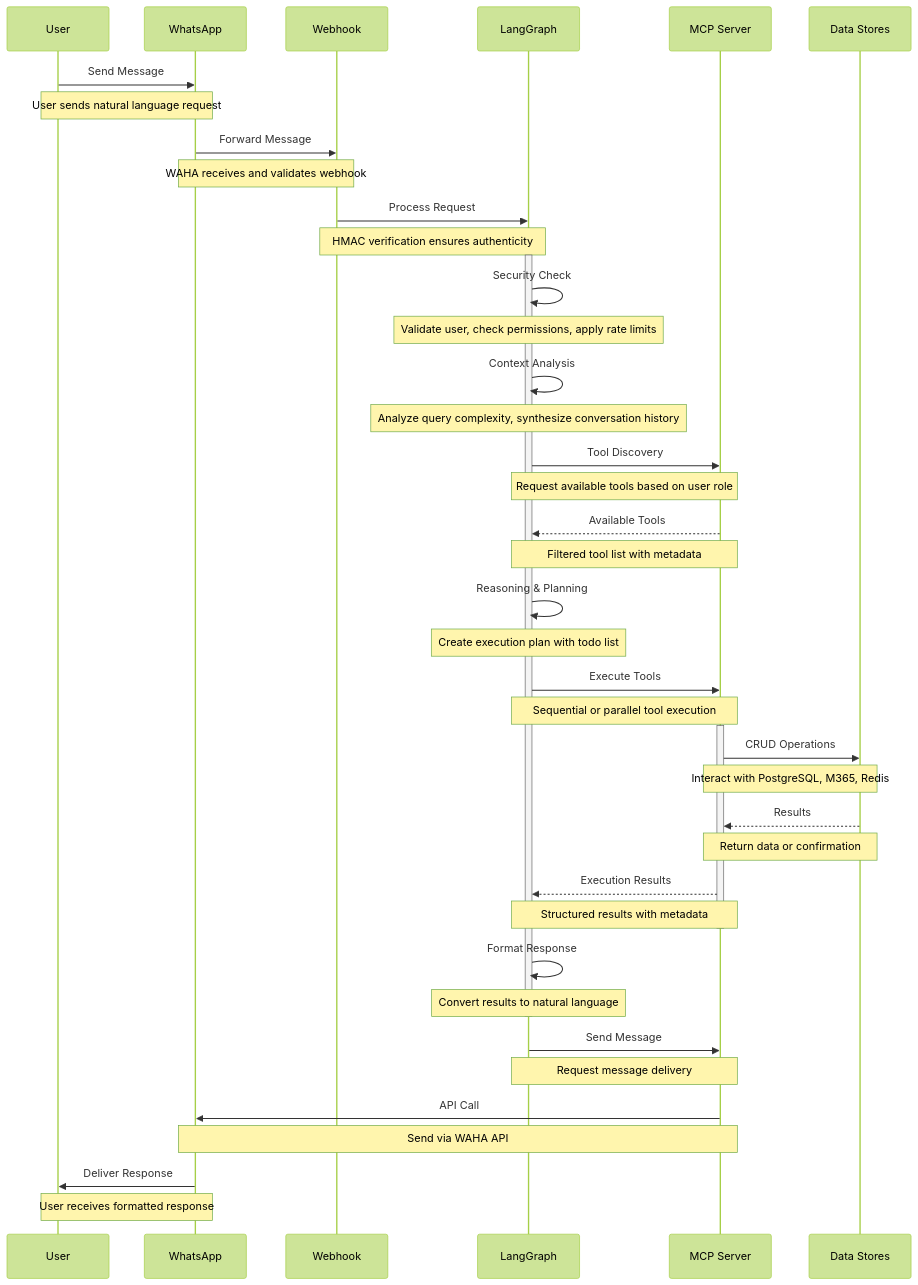
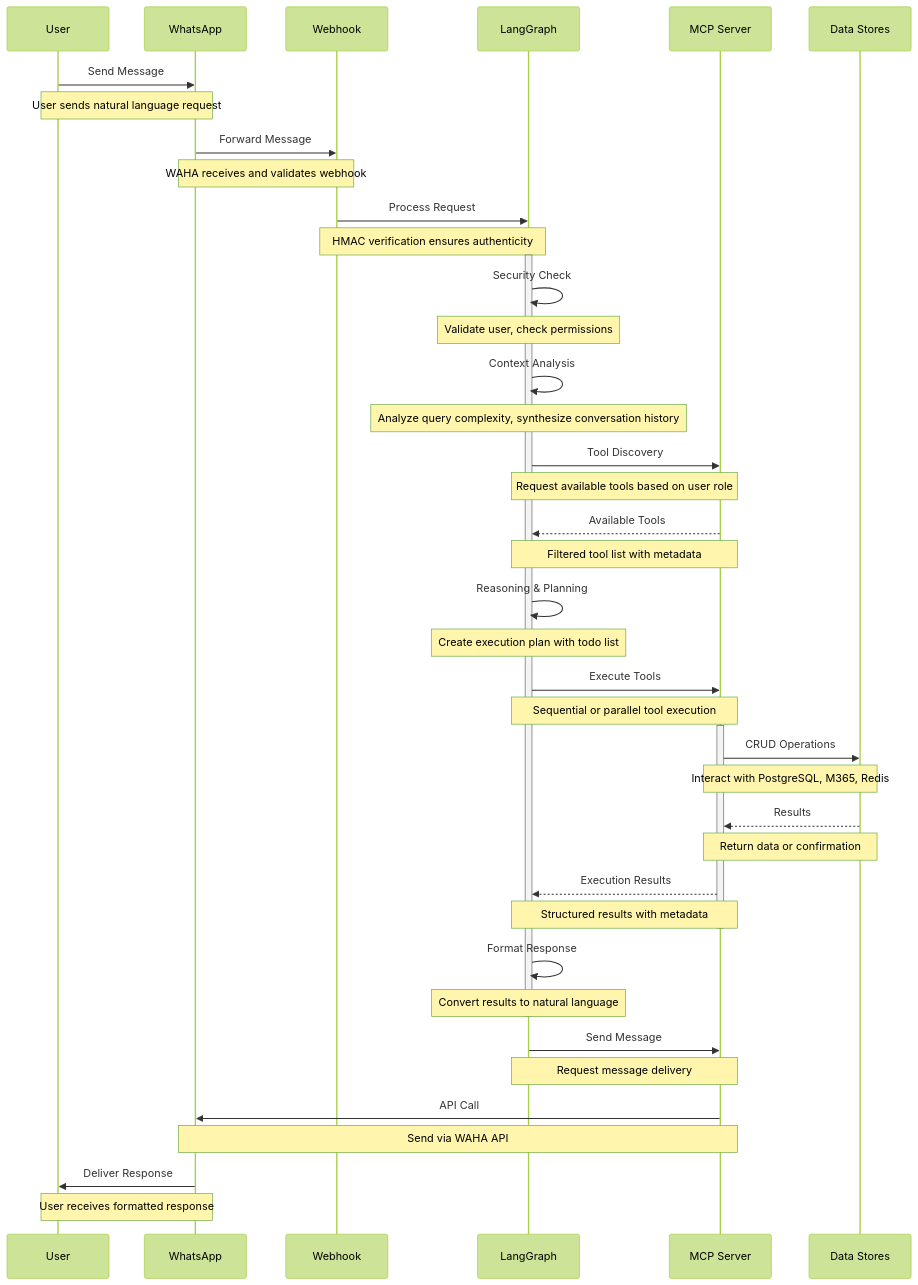
One commit to mcholismalik/aiva-eng-spec changed the second of 8 diagrams in readme.md. Above: the diagram before and after it, drawn with Mermaid (forest theme). The commit also changed other lines of this file, not shown here.

````diff
--- a/readme.md
+++ b/readme.md
@@ -161,61 +197,61 @@
 ```mermaid
 sequenceDiagram
     participant U as User
     participant WA as WhatsApp
     participant WH as Webhook
     participant LG as LangGraph
     participant MCP as MCP Server
     participant DB as Data Stores
     
     U->>WA: Send Message
     Note over U,WA: User sends natural language request
     
     WA->>WH: Forward Message
     Note over WA,WH: WAHA receives and validates webhook
     
     WH->>LG: Process Request
     Note over WH,LG: HMAC verification ensures authenticity
     
     activate LG
     LG->>LG: Security Check
-    Note over LG: Validate user, check permissions, apply rate limits
+    Note over LG: Validate user, check permissions
     
     LG->>LG: Context Analysis
     Note over LG: Analyze query complexity, synthesize conversation history
     
     LG->>MCP: Tool Discovery
     Note over LG,MCP: Request available tools based on user role
     
     MCP-->>LG: Available Tools
     Note over MCP,LG: Filtered tool list with metadata
     
     LG->>LG: Reasoning & Planning
     Note over LG: Create execution plan with todo list
     
     LG->>MCP: Execute Tools
     Note over LG,MCP: Sequential or parallel tool execution
     
     activate MCP
     MCP->>DB: CRUD Operations
     Note over MCP,DB: Interact with PostgreSQL, M365, Redis
     
     DB-->>MCP: Results
     Note over DB,MCP: Return data or confirmation
     
     MCP-->>LG: Execution Results
     Note over MCP,LG: Structured results with metadata
     deactivate MCP
     
     LG->>LG: Format Response
     Note over LG: Convert results to natural language
     deactivate LG
     
     LG->>MCP: Send Message
     Note over LG,MCP: Request message delivery
     
     MCP->>WA: API Call
     Note over MCP,WA: Send via WAHA API
     
     WA->>U: Deliver Response
     Note over WA,U: User receives formatted response
 ```
````
